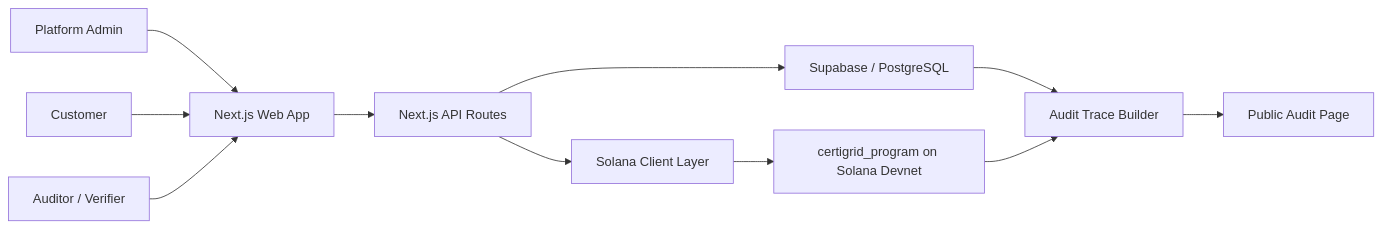
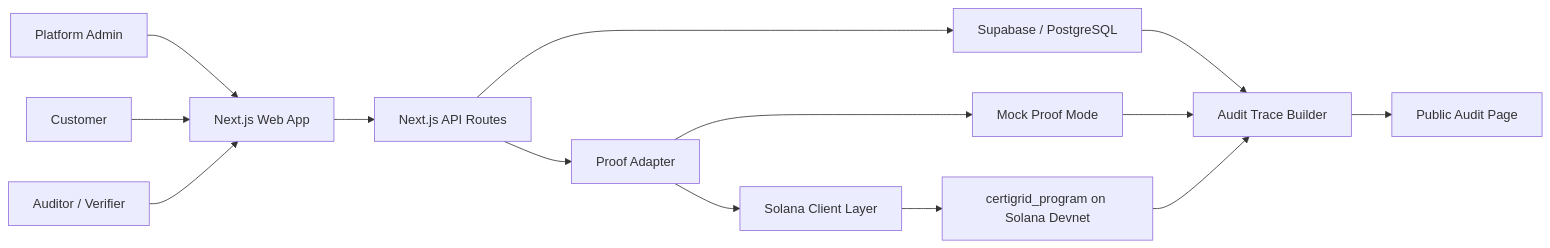
Before and after one commit to ramonis567/Certigrid: the diagram in docs/ARCHITECTURE.md, drawn with Mermaid. The commit also changed other lines of this file and 15 other files, not shown here.

````diff
--- a/docs/ARCHITECTURE.md
+++ b/docs/ARCHITECTURE.md
@@ -125,15 +133,18 @@
 ```mermaid
 flowchart LR
   Admin["Platform Admin"] --> Web["Next.js Web App"]
   Customer["Customer"] --> Web
   Auditor["Auditor / Verifier"] --> Web
 
   Web --> API["Next.js API Routes"]
   API --> DB["Supabase / PostgreSQL"]
-  API --> SolanaClient["Solana Client Layer"]
+  API --> Proof["Proof Adapter"]
+  Proof --> MockProof["Mock Proof Mode"]
+  Proof --> SolanaClient["Solana Client Layer"]
   SolanaClient --> Program["certigrid_program on Solana Devnet"]
 
   DB --> Audit["Audit Trace Builder"]
+  MockProof --> Audit
   Program --> Audit
   Audit --> PublicTrace["Public Audit Page"]
 ```
````
